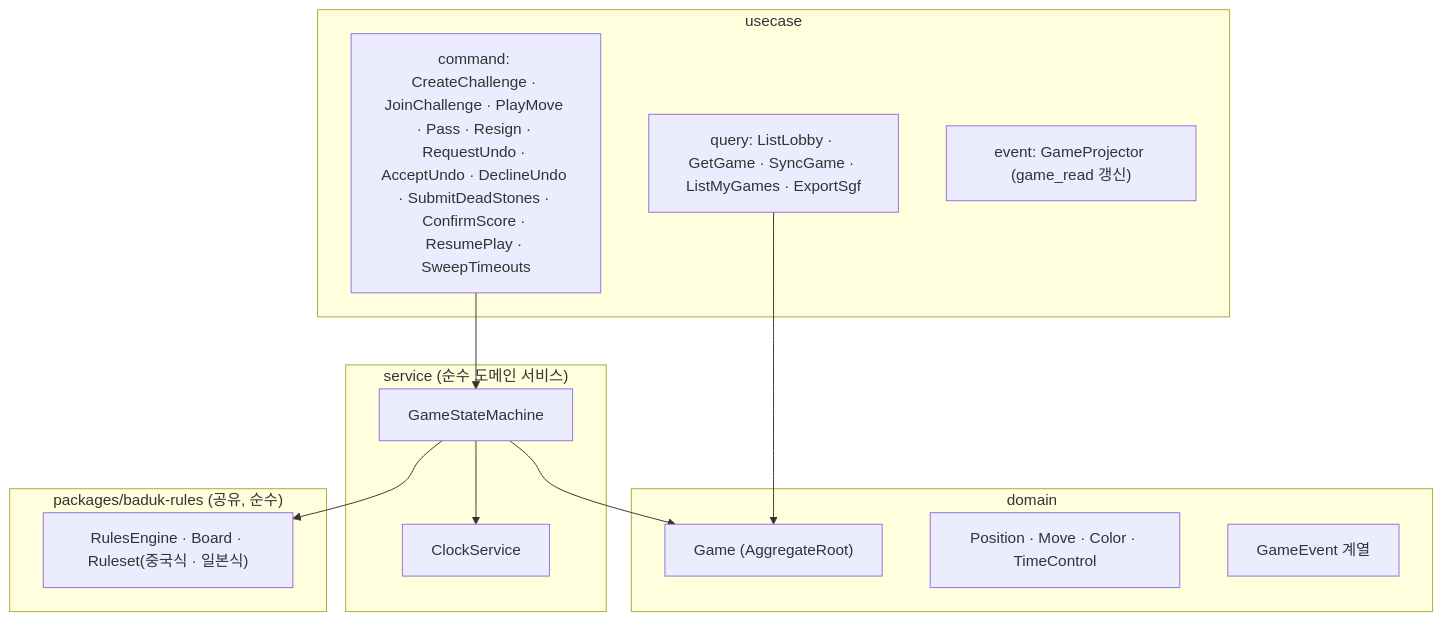
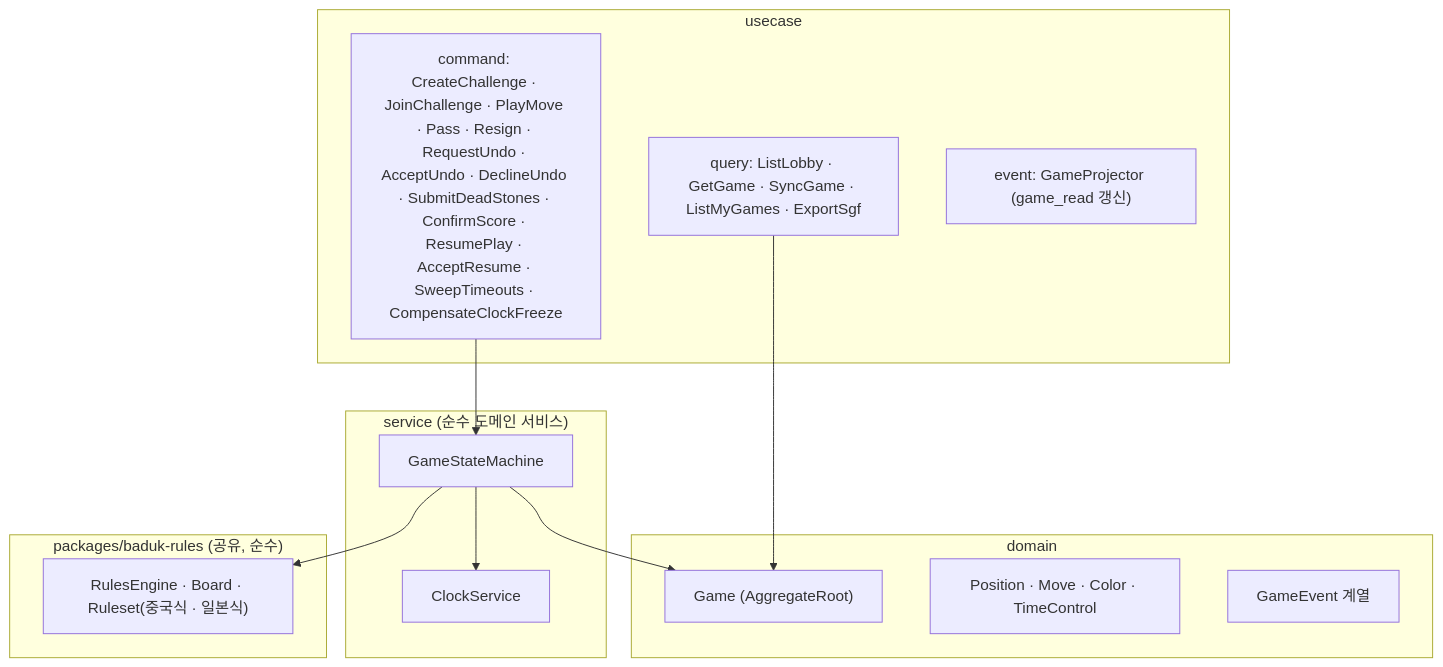
Before and after one commit to 1985jwlee/portpolio_backend: the third of 21 diagrams in docs/design/phases/01-baduk.md, drawn with Mermaid. The commit also changed other lines of this file and 33 other files, not shown here.

````diff
--- a/docs/design/phases/01-baduk.md
+++ b/docs/design/phases/01-baduk.md
@@ -90,25 +90,25 @@
 ```mermaid
 flowchart TB
     subgraph usecase["usecase"]
-        CMD["command: CreateChallenge · JoinChallenge · PlayMove · Pass · Resign · RequestUndo · AcceptUndo · DeclineUndo · SubmitDeadStones · ConfirmScore · ResumePlay · SweepTimeouts"]
+        CMD["command: CreateChallenge · JoinChallenge · PlayMove · Pass · Resign · RequestUndo · AcceptUndo · DeclineUndo · SubmitDeadStones · ConfirmScore · ResumePlay · AcceptResume · SweepTimeouts · CompensateClockFreeze"]
         QRY["query: ListLobby · GetGame · SyncGame · ListMyGames · ExportSgf"]
         EVT["event: GameProjector (game_read 갱신)"]
     end
     subgraph service["service (순수 도메인 서비스)"]
         GS["GameStateMachine"]
         CL["ClockService"]
     end
     subgraph domain["domain"]
         AG["Game (AggregateRoot)"]
         VO["Position · Move · Color · TimeControl"]
         EV2["GameEvent 계열"]
     end
     subgraph pkg["packages/baduk-rules (공유, 순수)"]
         RE["RulesEngine · Board · Ruleset(중국식 · 일본식)"]
     end
     CMD --> GS
     GS --> RE
     GS --> CL
     GS --> AG
     QRY --> AG
 ```
````
